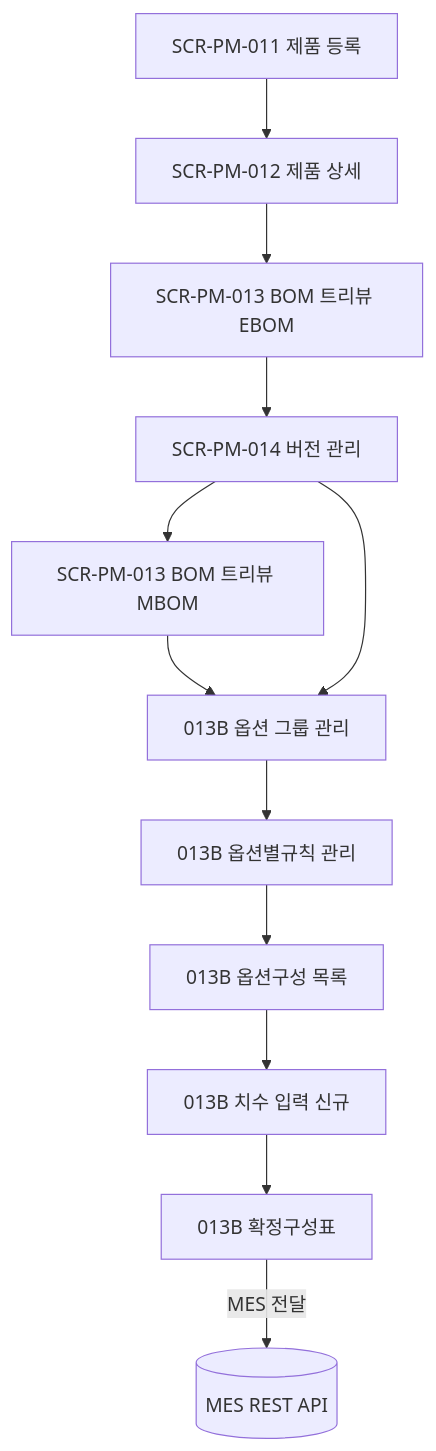
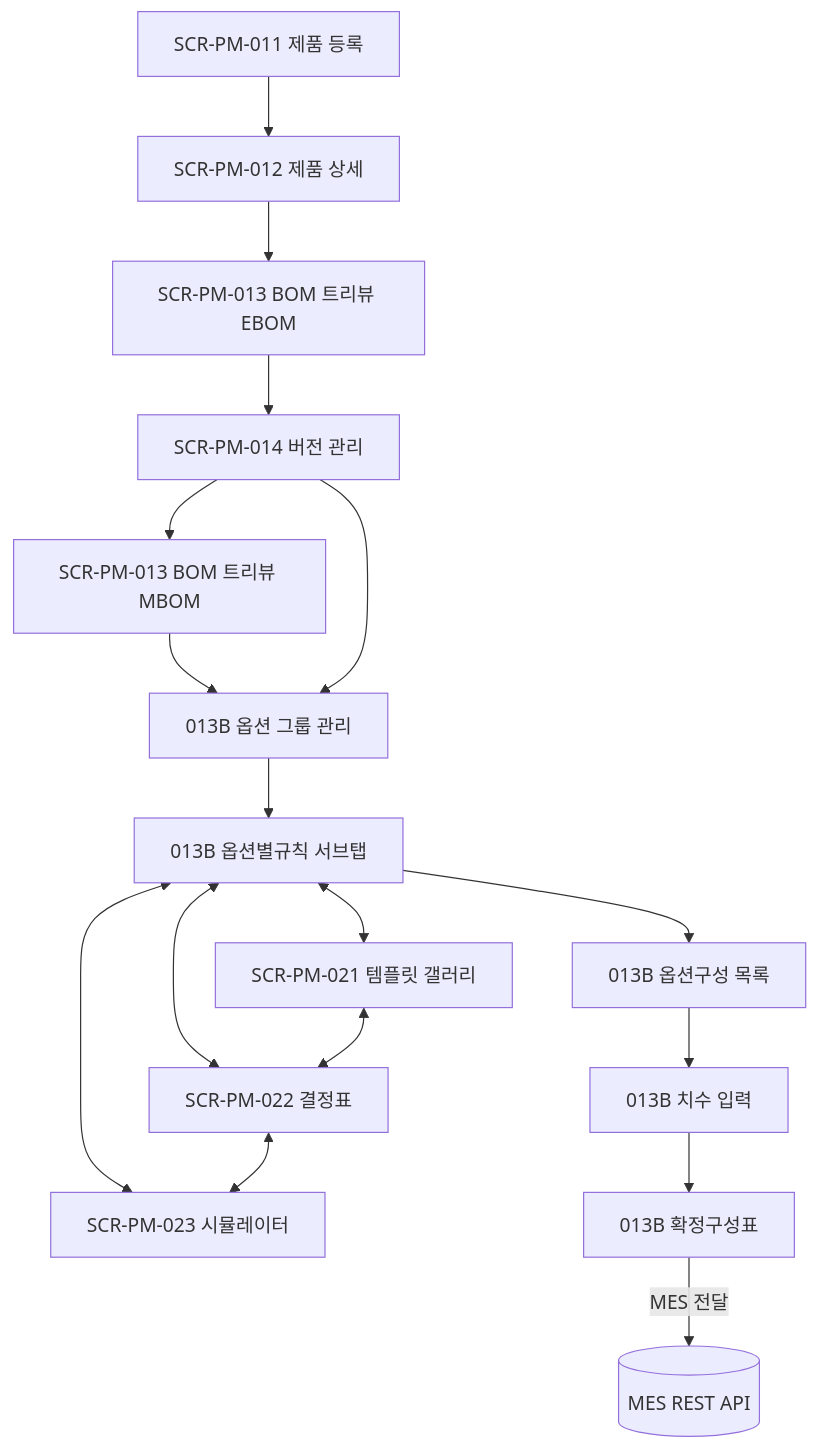
One commit to team-codecraft/wims2.0 changed the first of 3 diagrams in docs/3_DE(설계)/DE22-1_화면설계서/sections/05_BOM관리.md. Above: the diagram before and after it, drawn with Mermaid. The commit also changed other lines of this file and 78 other files, not shown here.

````diff
--- a/docs/3_DE(설계)/DE22-1_화면설계서/sections/05_BOM관리.md
+++ b/docs/3_DE(설계)/DE22-1_화면설계서/sections/05_BOM관리.md
@@ -62,14 +71,19 @@
 ```mermaid
 flowchart TD
   P[SCR-PM-011 제품 등록] --> D[SCR-PM-012 제품 상세]
   D --> B13[SCR-PM-013 BOM 트리뷰 EBOM]
   B13 --> B14[SCR-PM-014 버전 관리]
   B14 --> B13M[SCR-PM-013 BOM 트리뷰 MBOM]
   B13M --> B13B2[013B 옵션 그룹 관리]
   B14 --> B13B2
-  B13B2 --> B13B3[013B 옵션별규칙 관리]
+  B13B2 --> B13B3[013B 옵션별규칙 서브탭]
+  B13B3 <--> S21[SCR-PM-021 템플릿 갤러리]
+  B13B3 <--> S22[SCR-PM-022 결정표]
+  B13B3 <--> S23[SCR-PM-023 시뮬레이터]
+  S21 <--> S22
+  S22 <--> S23
   B13B3 --> B13B1[013B 옵션구성 목록]
-  B13B1 --> B13B4[013B 치수 입력 신규]
+  B13B1 --> B13B4[013B 치수 입력]
   B13B4 --> B13B5[013B 확정구성표]
   B13B5 -->|MES 전달| MES[(MES REST API)]
 ```
````
